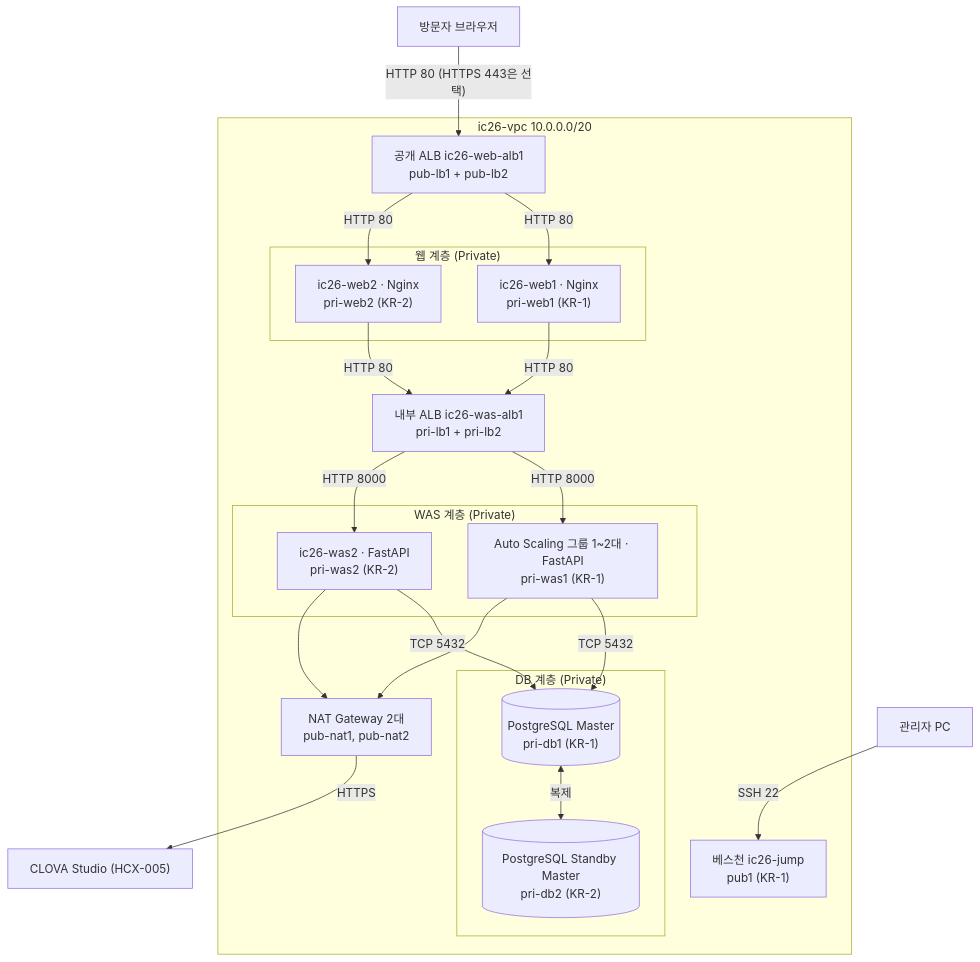
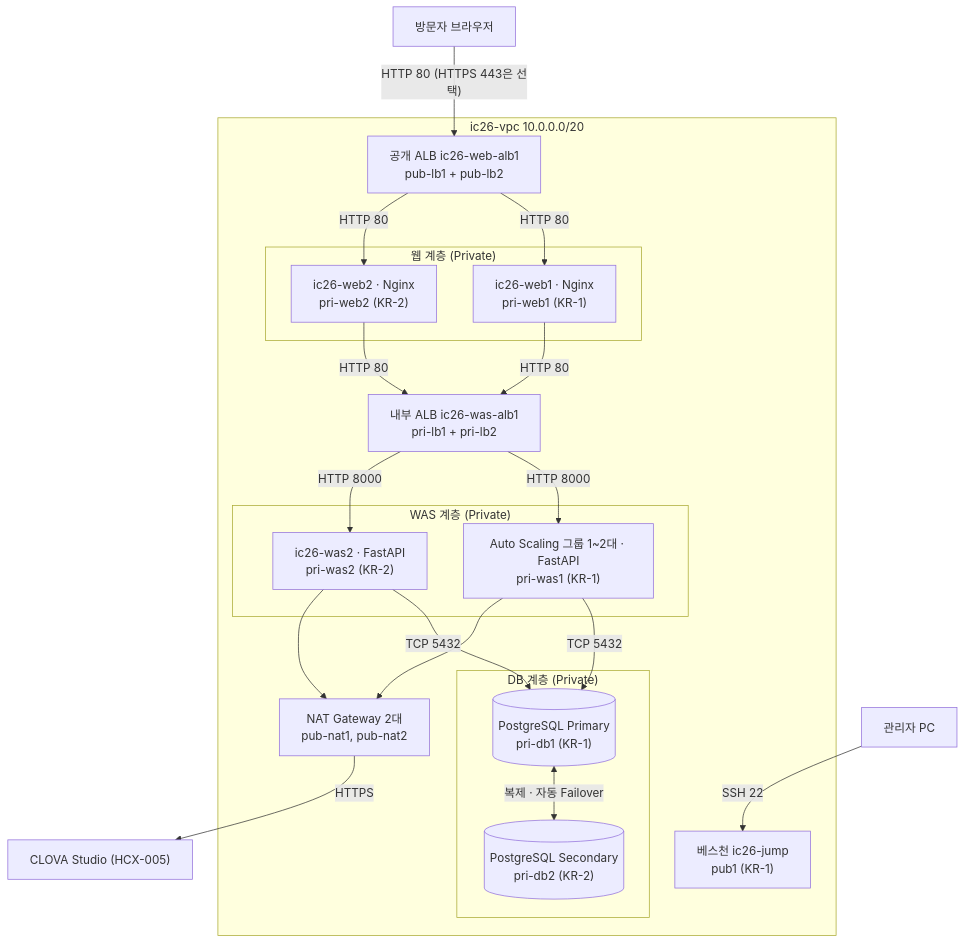
The diagram in docs/infra/architecture.md (teletubby-aiic-2026/local-business-ai-assistant), drawn with Mermaid before and after one commit. The commit also changed other lines of this file, not shown here.

First line of the commit message:
docs: DB를 Cloud DB for PostgreSQL Multi Zone 기준으로 정리

````diff
--- a/docs/infra/architecture.md
+++ b/docs/infra/architecture.md
@@ -13,43 +14,43 @@
 ```mermaid
 flowchart TB
   user["방문자 브라우저"] -->|"HTTP 80 (HTTPS 443은 선택)"| palb
   admin["관리자 PC"] -->|"SSH 22"| jump
 
   subgraph vpc["ic26-vpc 10.0.0.0/20"]
     palb["공개 ALB ic26-web-alb1<br/>pub-lb1 + pub-lb2"]
     jump["베스천 ic26-jump<br/>pub1 (KR-1)"]
 
     subgraph web["웹 계층 (Private)"]
       web1["ic26-web1 · Nginx<br/>pri-web1 (KR-1)"]
       web2["ic26-web2 · Nginx<br/>pri-web2 (KR-2)"]
     end
 
     ialb["내부 ALB ic26-was-alb1<br/>pri-lb1 + pri-lb2"]
 
     subgraph was["WAS 계층 (Private)"]
       asg["Auto Scaling 그룹 1~2대 · FastAPI<br/>pri-was1 (KR-1)"]
       was2["ic26-was2 · FastAPI<br/>pri-was2 (KR-2)"]
     end
 
     subgraph dbt["DB 계층 (Private)"]
-      dbm[("PostgreSQL Master<br/>pri-db1 (KR-1)")]
-      dbs[("PostgreSQL Standby Master<br/>pri-db2 (KR-2)")]
+      dbm[("PostgreSQL Primary<br/>pri-db1 (KR-1)")]
+      dbs[("PostgreSQL Secondary<br/>pri-db2 (KR-2)")]
     end
 
     nat["NAT Gateway 2대<br/>pub-nat1, pub-nat2"]
 
     palb -->|"HTTP 80"| web1
     palb -->|"HTTP 80"| web2
     web1 -->|"HTTP 80"| ialb
     web2 -->|"HTTP 80"| ialb
     ialb -->|"HTTP 8000"| asg
     ialb -->|"HTTP 8000"| was2
     asg -->|"TCP 5432"| dbm
     was2 -->|"TCP 5432"| dbm
-    dbm <-->|"복제"| dbs
+    dbm <-->|"복제 · 자동 Failover"| dbs
     asg --> nat
     was2 --> nat
   end
 
   nat -->|"HTTPS"| hcx["CLOVA Studio (HCX-005)"]
 ```
````
